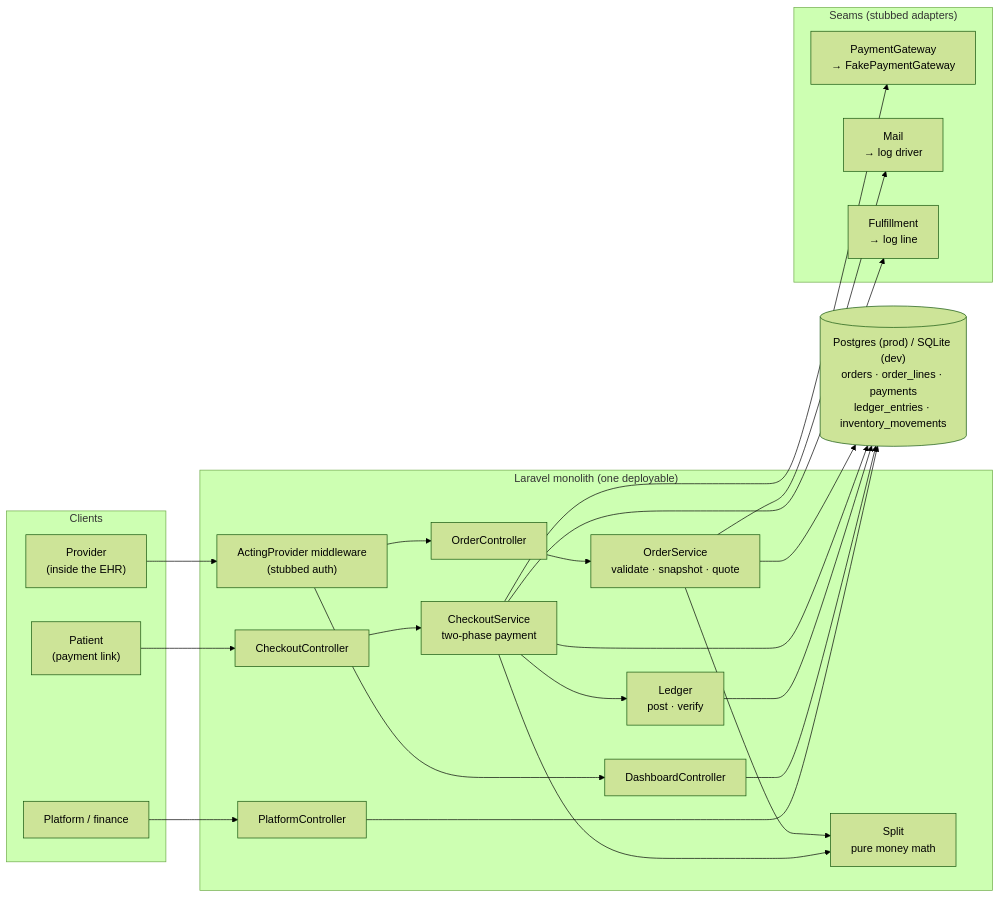
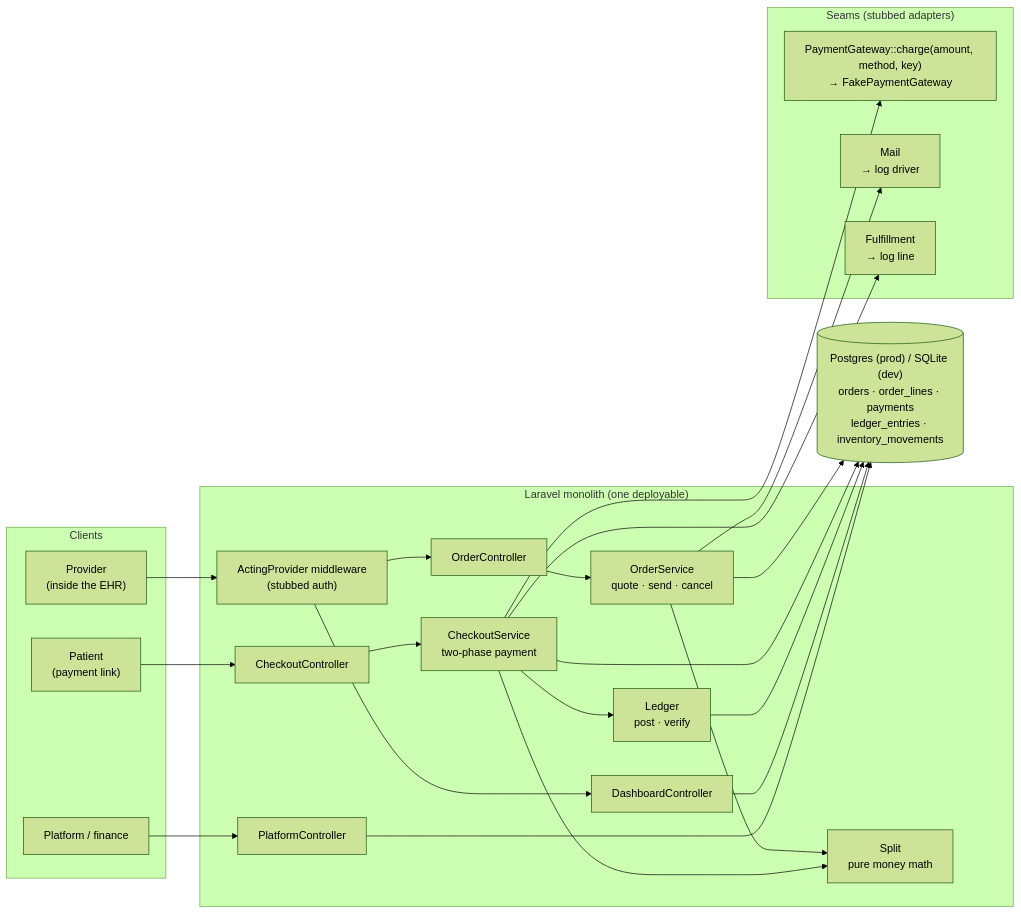
Before and after one commit to hisefath/cerbo-supplement-store: the diagram in docs/diagrams/architecture.mmd, drawn with Mermaid (forest theme). The commit also changed 6 other files, not shown here.

First line of the commit message:
Docs: align PRD, system design, architecture and diagrams with the build

```diff
--- a/docs/diagrams/architecture.mmd
+++ b/docs/diagrams/architecture.mmd
@@ -1,45 +1,45 @@
 flowchart LR
   subgraph Clients
     PB["Provider<br/>(inside the EHR)"]
     PT["Patient<br/>(payment link)"]
     OPS["Platform / finance"]
   end
 
   subgraph App["Laravel monolith (one deployable)"]
     MW["ActingProvider middleware<br/>(stubbed auth)"]
     OC["OrderController"]
     DC["DashboardController"]
     CC["CheckoutController"]
     PC["PlatformController"]
-    OS["OrderService<br/>validate · snapshot · quote"]
+    OS["OrderService<br/>quote · send · cancel"]
     CS["CheckoutService<br/>two-phase payment"]
     SP["Split<br/>pure money math"]
     LG["Ledger<br/>post · verify"]
   end
 
   subgraph Seams["Seams (stubbed adapters)"]
-    PG["PaymentGateway<br/>→ FakePaymentGateway"]
+    PG["PaymentGateway::charge(amount, method, key)<br/>→ FakePaymentGateway"]
     ML["Mail<br/>→ log driver"]
     FF["Fulfillment<br/>→ log line"]
   end
 
   DB[("Postgres (prod) / SQLite (dev)<br/>orders · order_lines · payments<br/>ledger_entries · inventory_movements")]
 
   PB --> MW
   MW --> OC
   MW --> DC
   PT --> CC
   OPS --> PC
   OC --> OS
   OS --> SP
   OS --> ML
   CC --> CS
   CS --> SP
   CS --> LG
   CS --> PG
   CS --> FF
   OS --> DB
   CS --> DB
   LG --> DB
   DC --> DB
   PC --> DB
```
